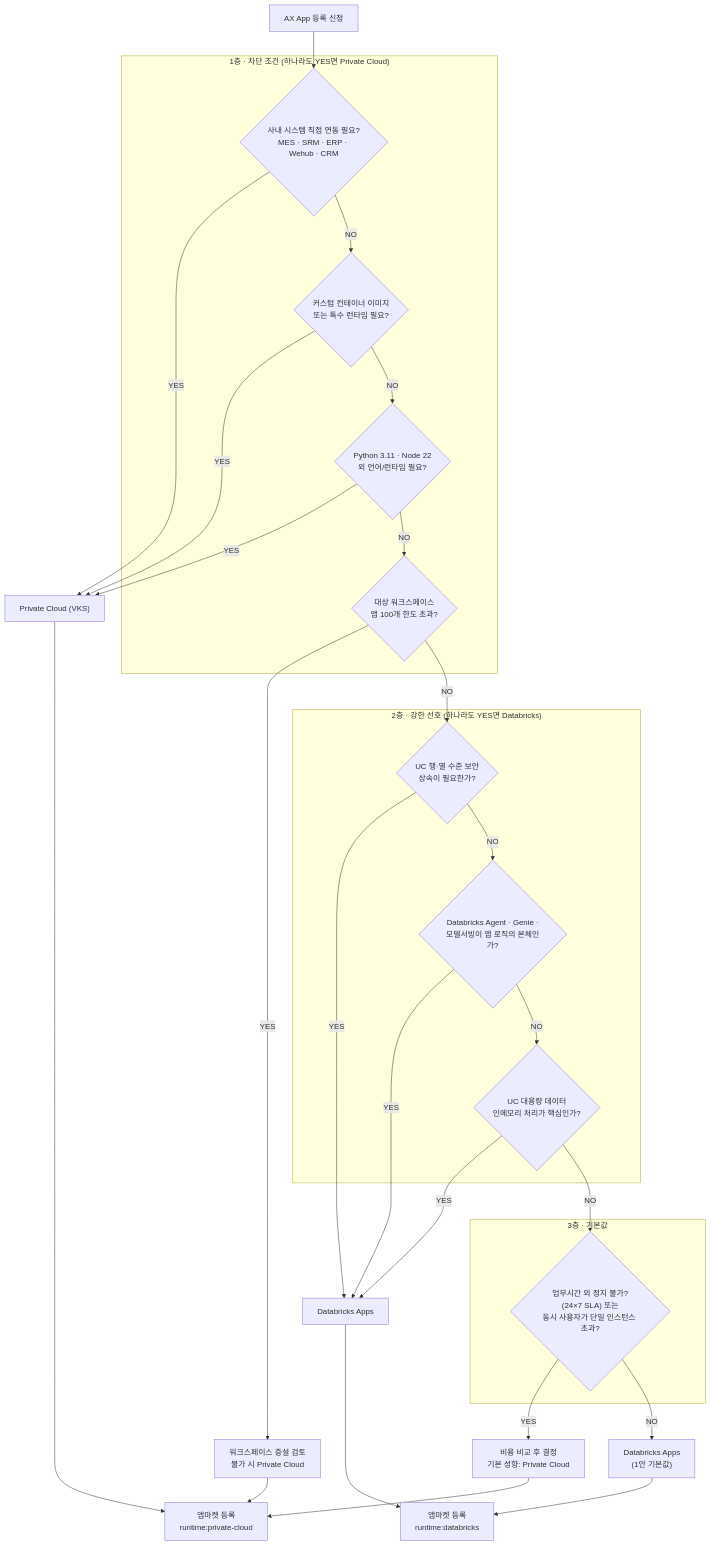
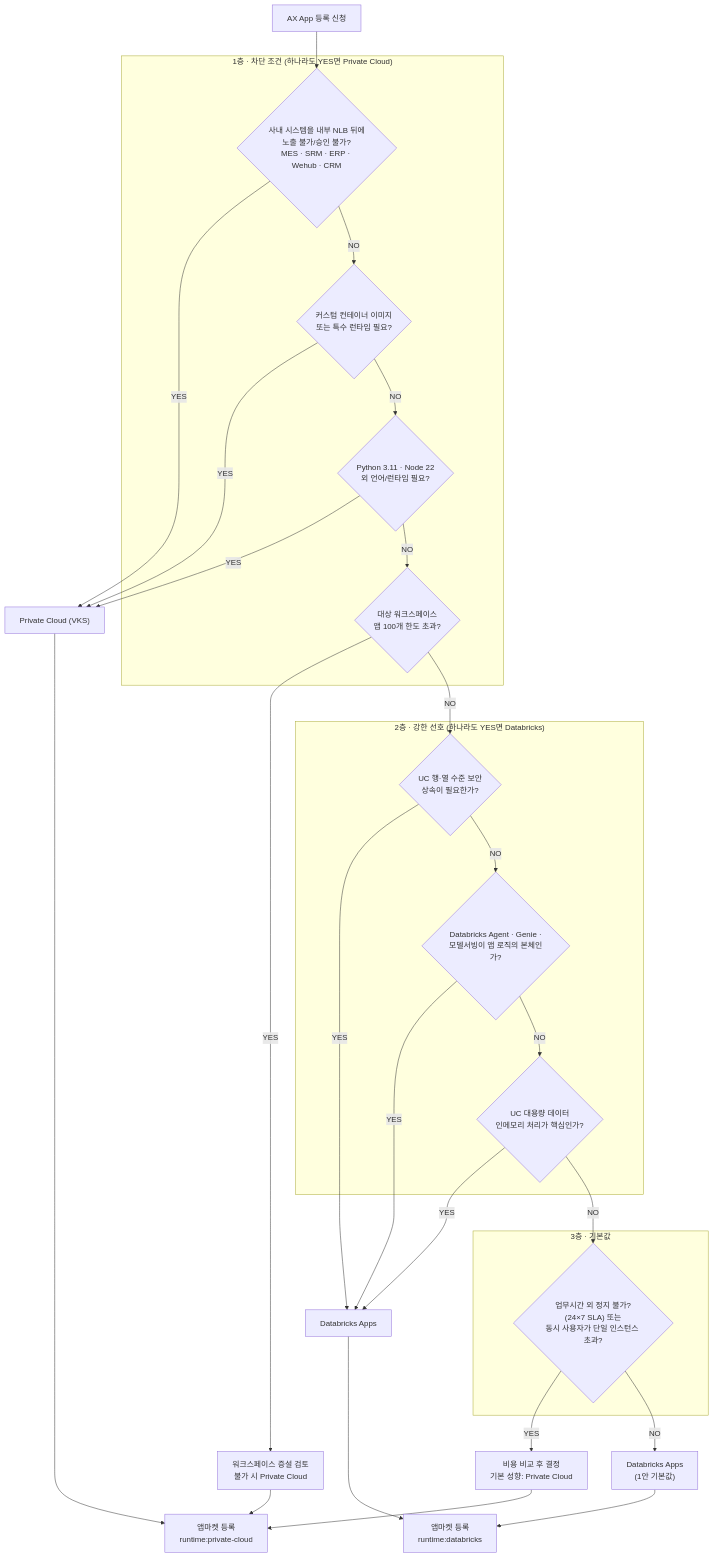
One commit to arch-shlee/sk-ax-market changed the first of 2 diagrams in docs/03-runtime-decision-and-architecture.md. Above: the diagram before and after it, drawn with Mermaid. The commit also changed other lines of this file and 5 other files, not shown here.

````diff
--- a/docs/03-runtime-decision-and-architecture.md
+++ b/docs/03-runtime-decision-and-architecture.md
@@ -38,53 +47,53 @@
 ```mermaid
 flowchart TD
     START["AX App 등록 신청"]
 
     subgraph L1["1층 · 차단 조건 (하나라도 YES면 Private Cloud)"]
-        Q1{"사내 시스템 직접 연동 필요?<br/>MES · SRM · ERP · Wehub · CRM"}
+        Q1{"사내 시스템을 내부 NLB 뒤에<br/>노출 불가/승인 불가?<br/>MES · SRM · ERP · Wehub · CRM"}
         Q2{"커스텀 컨테이너 이미지<br/>또는 특수 런타임 필요?"}
         Q3{"Python 3.11 · Node 22<br/>외 언어/런타임 필요?"}
         Q4{"대상 워크스페이스<br/>앱 100개 한도 초과?"}
     end
 
     subgraph L2["2층 · 강한 선호 (하나라도 YES면 Databricks)"]
         Q5{"UC 행·열 수준 보안<br/>상속이 필요한가?"}
         Q6{"Databricks Agent · Genie ·<br/>모델서빙이 앱 로직의 본체인가?"}
         Q7{"UC 대용량 데이터<br/>인메모리 처리가 핵심인가?"}
     end
 
     subgraph L3["3층 · 기본값"]
         Q8{"업무시간 외 정지 불가?<br/>(24×7 SLA) 또는<br/>동시 사용자가 단일 인스턴스 초과?"}
     end
 
     PC["Private Cloud (VKS)"]
     WS["워크스페이스 증설 검토<br/>불가 시 Private Cloud"]
     DBX["Databricks Apps"]
     DBX2["Databricks Apps<br/>(1안 기본값)"]
     COST["비용 비교 후 결정<br/>기본 성향: Private Cloud"]
 
     START --> Q1
     Q1 -->|YES| PC
     Q1 -->|NO| Q2
     Q2 -->|YES| PC
     Q2 -->|NO| Q3
     Q3 -->|YES| PC
     Q3 -->|NO| Q4
     Q4 -->|YES| WS
     Q4 -->|NO| Q5
 
     Q5 -->|YES| DBX
     Q5 -->|NO| Q6
     Q6 -->|YES| DBX
     Q6 -->|NO| Q7
     Q7 -->|YES| DBX
     Q7 -->|NO| Q8
 
     Q8 -->|YES| COST
     Q8 -->|NO| DBX2
 
     PC --> REG["앱마켓 등록<br/>runtime:private-cloud"]
     WS --> REG
     COST --> REG
     DBX --> REG2["앱마켓 등록<br/>runtime:databricks"]
     DBX2 --> REG2
 ```
````
